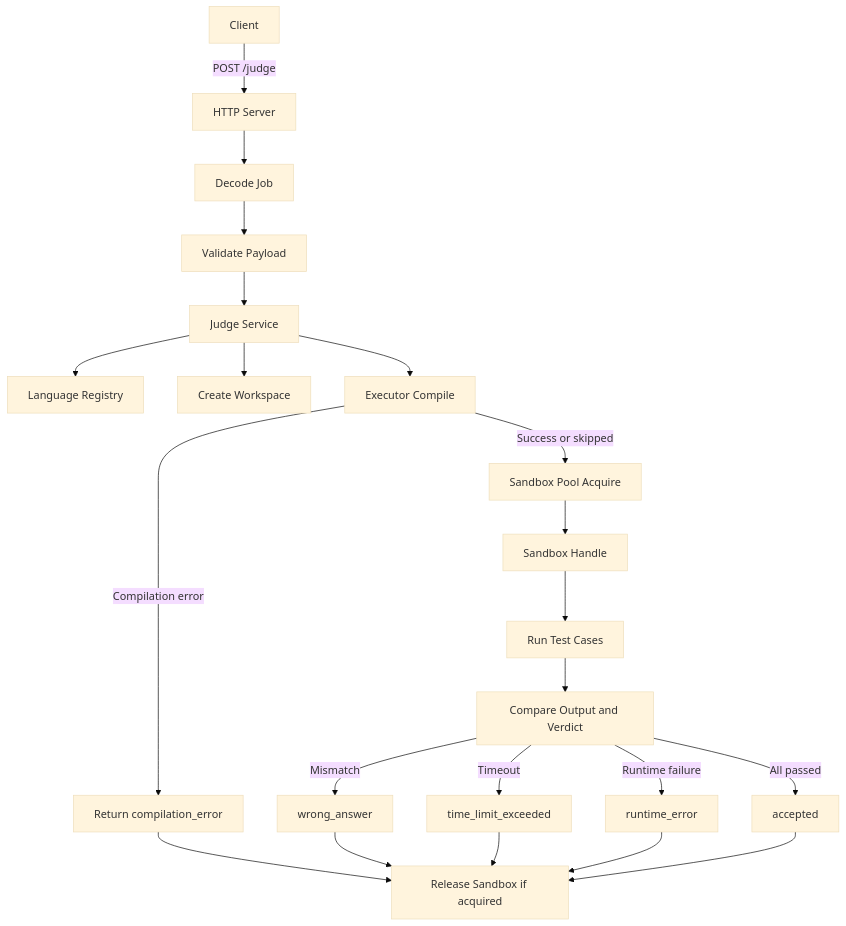
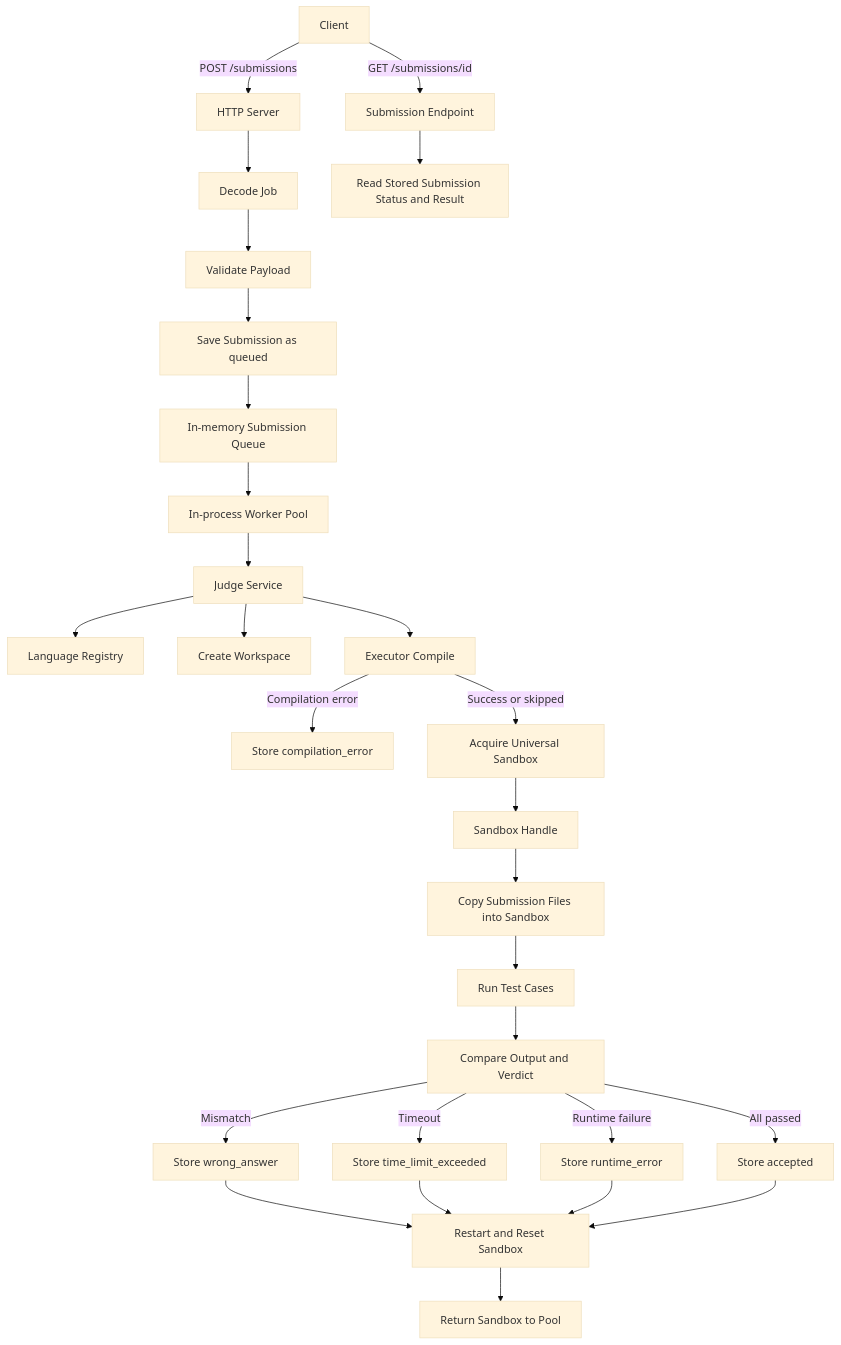
The first of 2 diagrams in architecture.md (PixelsBH/YexJudge), drawn with Mermaid (base theme) before and after one commit. The commit also changed other lines of this file and 17 other files, not shown here.

````diff
--- a/architecture.md
+++ b/architecture.md
@@ -35,24 +38,30 @@
 ```mermaid
 flowchart TD
-    Client[Client] -->|POST /judge| Server[HTTP Server]
+    Client[Client] -->|POST /submissions| Server[HTTP Server]
     Server --> Decode[Decode Job]
     Decode --> Validate[Validate Payload]
-    Validate --> Service[Judge Service]
+    Validate --> Store[Save Submission as queued]
+    Store --> Queue[In-memory Submission Queue]
+    Queue --> Worker[In-process Worker Pool]
+    Worker --> Service[Judge Service]
     Service --> Registry[Language Registry]
     Service --> Workspace[Create Workspace]
     Service --> Compile[Executor Compile]
-    Compile -->|Compilation error| CE[Return compilation_error]
-    Compile -->|Success or skipped| Acquire[Sandbox Pool Acquire]
+    Compile -->|Compilation error| CE[Store compilation_error]
+    Compile -->|Success or skipped| Acquire[Acquire Universal Sandbox]
     Acquire --> Sandbox[Sandbox Handle]
-    Sandbox --> Execute[Run Test Cases]
+    Sandbox --> Stage[Copy Submission Files into Sandbox]
+    Stage --> Execute[Run Test Cases]
     Execute --> Compare[Compare Output and Verdict]
-    Compare -->|Mismatch| WA[wrong_answer]
-    Compare -->|Timeout| TLE[time_limit_exceeded]
-    Compare -->|Runtime failure| RE[runtime_error]
-    Compare -->|All passed| AC[accepted]
-    CE --> Release[Release Sandbox if acquired]
-    WA --> Release
-    TLE --> Release
-    RE --> Release
-    AC --> Release
+    Compare -->|Mismatch| WA[Store wrong_answer]
+    Compare -->|Timeout| TLE[Store time_limit_exceeded]
+    Compare -->|Runtime failure| RE[Store runtime_error]
+    Compare -->|All passed| AC[Store accepted]
+    WA --> Reset
+    TLE --> Reset
+    RE --> Reset
+    AC --> Reset[Restart and Reset Sandbox]
+    Reset --> Release[Return Sandbox to Pool]
+    Client -->|GET /submissions/id| Fetch[Submission Endpoint]
+    Fetch --> StoreLookup[Read Stored Submission Status and Result]
 ```
````
